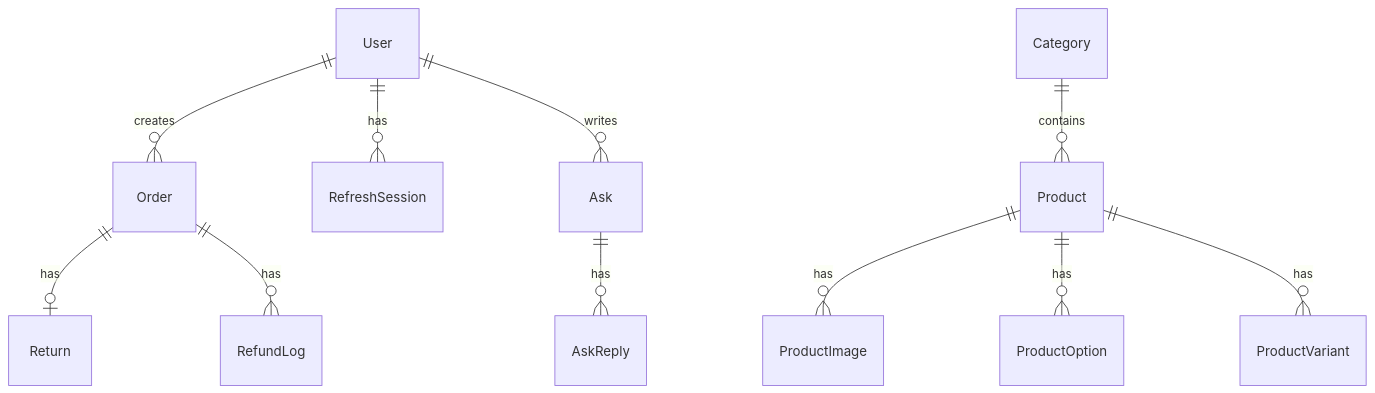
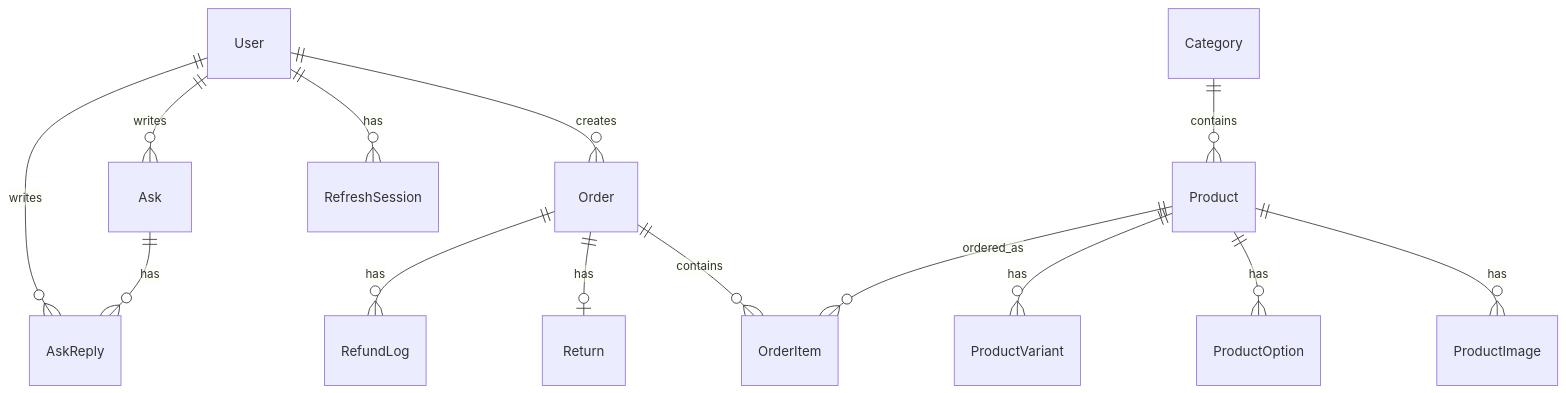
Before and after one commit to Economy0326/shopping-backend: the eighth of 8 diagrams in README.md, drawn with Mermaid. The commit also changed other lines of this file, not shown here.

````diff
--- a/README.md
+++ b/README.md
@@ -589,13 +698,20 @@
 ```mermaid
 erDiagram
   User ||--o{ Order : creates
   User ||--o{ RefreshSession : has
+  User ||--o{ Ask : writes
+  User ||--o{ AskReply : writes
+
   Category ||--o{ Product : contains
+
   Product ||--o{ ProductImage : has
   Product ||--o{ ProductOption : has
   Product ||--o{ ProductVariant : has
+  Product ||--o{ OrderItem : ordered_as
+
+  Order ||--o{ OrderItem : contains
   Order ||--o| Return : has
   Order ||--o{ RefundLog : has
-  User ||--o{ Ask : writes
+
   Ask ||--o{ AskReply : has
 ```
````
